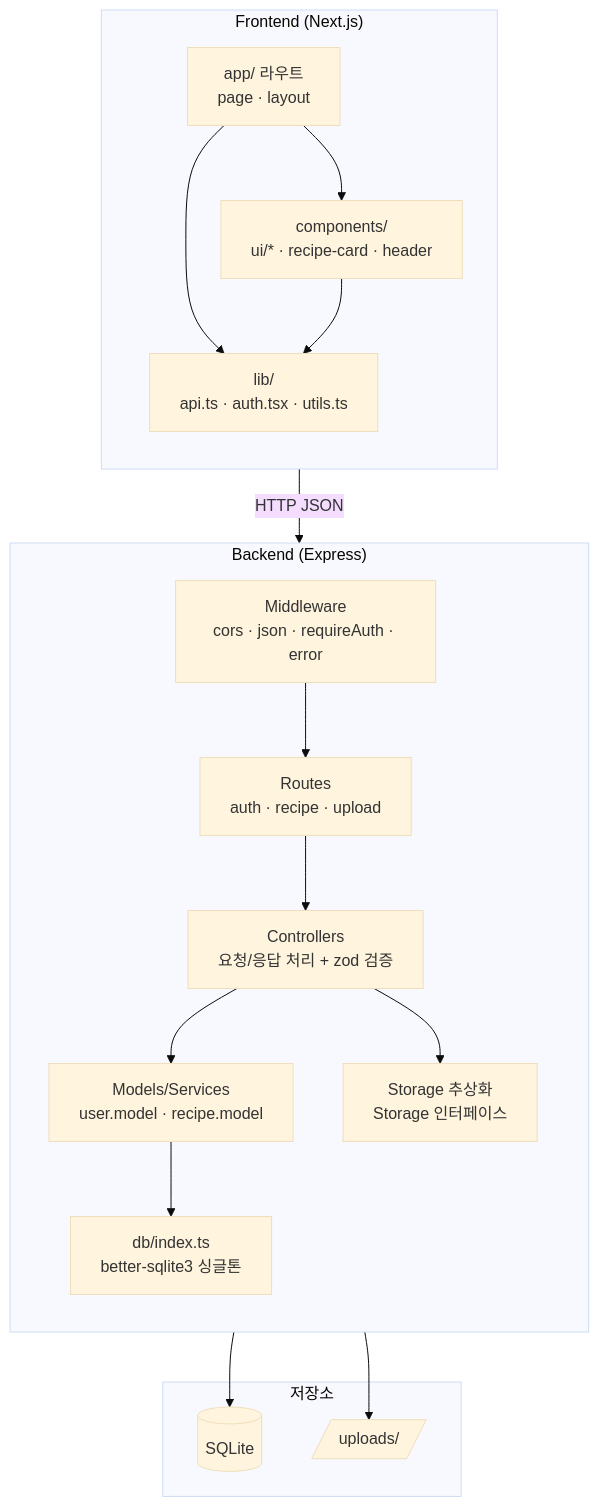
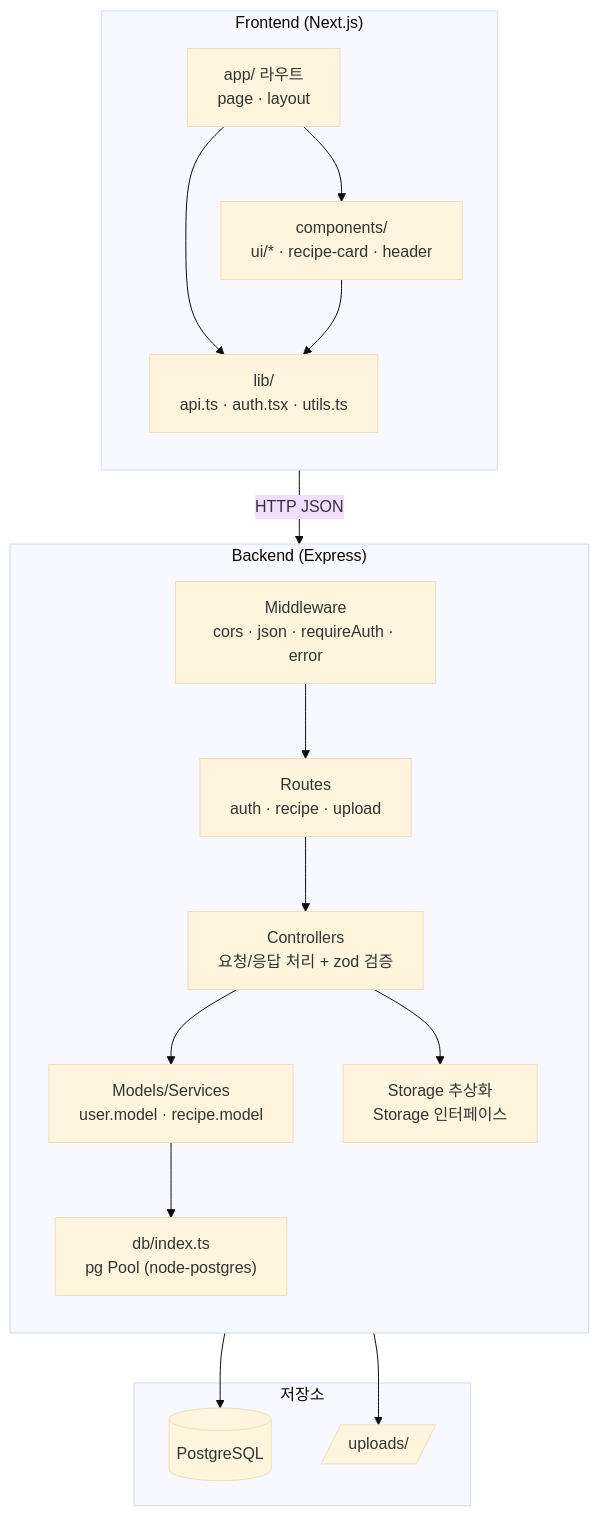
Before and after one commit to ilkwonkim71/cookshare: the second of 9 diagrams in docs/ARCHITECTURE.md, drawn with Mermaid (base theme). The commit also changed other lines of this file, not shown here.

First line of the commit message:
docs: update architecture diagrams from SQLite to Postgres

````diff
--- a/docs/ARCHITECTURE.md
+++ b/docs/ARCHITECTURE.md
@@ -50,36 +50,36 @@
 ```mermaid
 flowchart TB
     subgraph FE["Frontend (Next.js)"]
         direction TB
         FE_Pages["app/ 라우트<br/>page · layout"]
         FE_Comp["components/<br/>ui/* · recipe-card · header"]
         FE_Lib["lib/<br/>api.ts · auth.tsx · utils.ts"]
         FE_Pages --> FE_Comp
         FE_Pages --> FE_Lib
         FE_Comp --> FE_Lib
     end
 
     subgraph BE["Backend (Express)"]
         direction TB
         MW["Middleware<br/>cors · json · requireAuth · error"]
         Routes["Routes<br/>auth · recipe · upload"]
         Ctrl["Controllers<br/>요청/응답 처리 + zod 검증"]
         Models["Models/Services<br/>user.model · recipe.model"]
         StorageLayer["Storage 추상화<br/>Storage 인터페이스"]
-        DBConn["db/index.ts<br/>better-sqlite3 싱글톤"]
+        DBConn["db/index.ts<br/>pg Pool (node-postgres)"]
 
         MW --> Routes --> Ctrl
         Ctrl --> Models
         Ctrl --> StorageLayer
         Models --> DBConn
     end
 
     subgraph Infra["저장소"]
-        SQLite[(SQLite)]
+        Postgres[(PostgreSQL)]
         Disk[/uploads//]
     end
 
     FE_Lib -->|HTTP JSON| MW
-    DBConn --> SQLite
+    DBConn --> Postgres
     StorageLayer --> Disk
 ```
````
